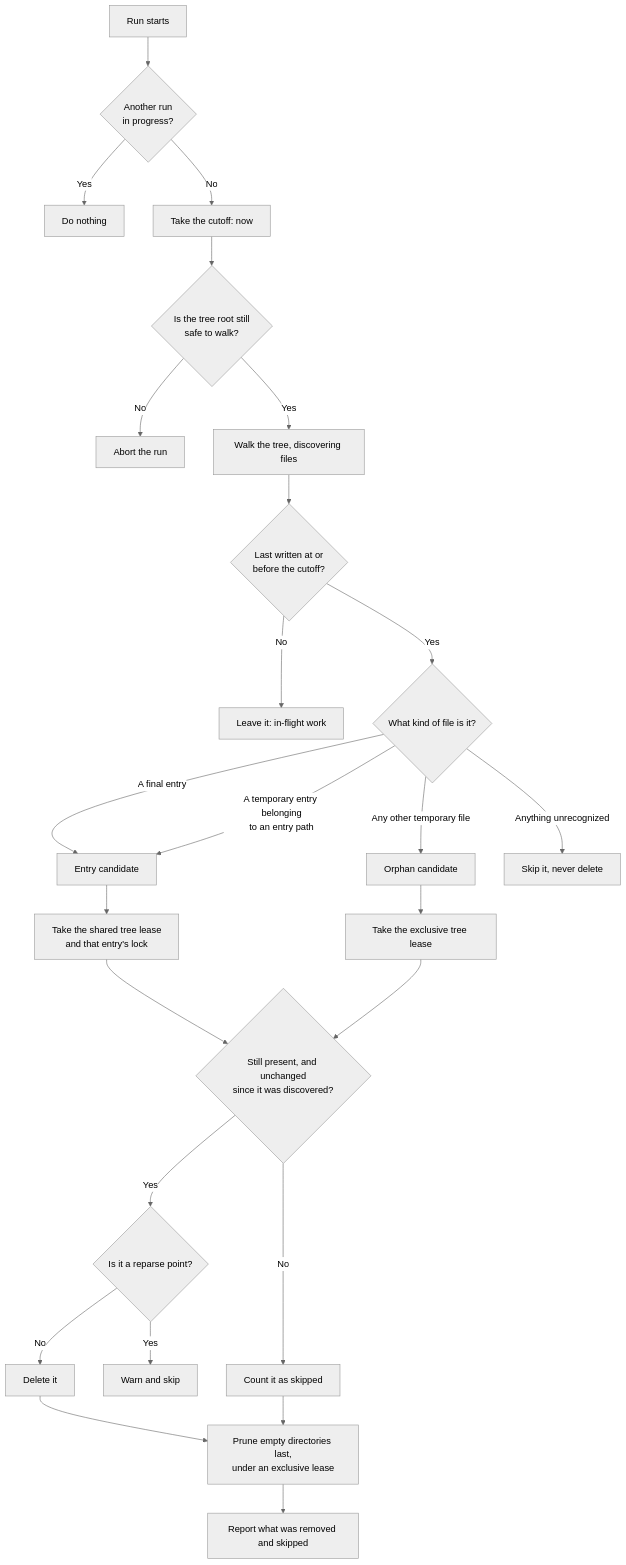
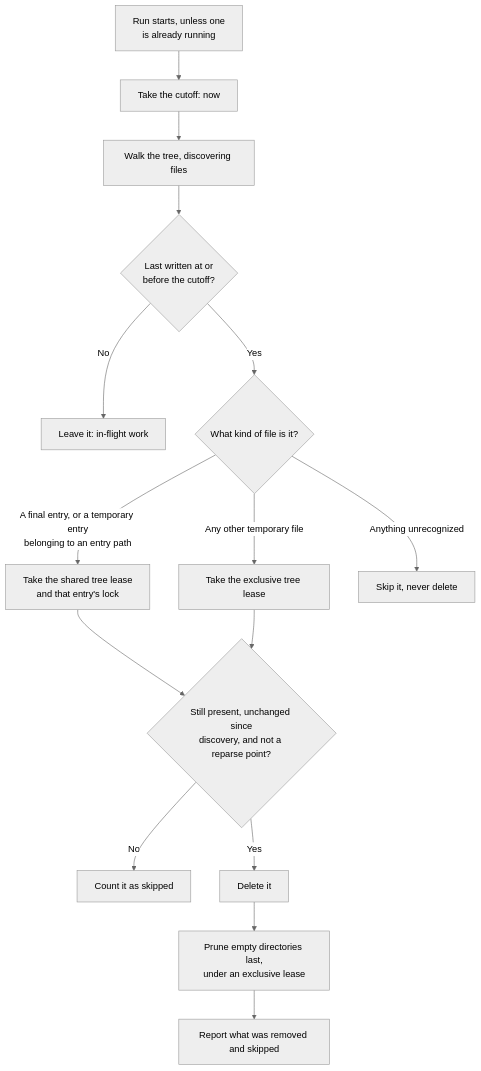
One commit to xiakeng/trickplay-cropper changed the diagram in prototypes/business-documentation-set/draft/scheduled-cleanup.md. Above: the diagram before and after it, drawn with Mermaid (neutral theme). The commit also changed 7 other files, not shown here.

First line of the commit message:
Fix diagram orientation and split deep views

````diff
--- a/prototypes/business-documentation-set/draft/scheduled-cleanup.md
+++ b/prototypes/business-documentation-set/draft/scheduled-cleanup.md
@@ -36,32 +36,21 @@
 ```mermaid
 flowchart TD
-    Start["Run starts"] --> Lock{"Another run<br/>in progress?"}
-    Lock -->|"Yes"| Stop["Do nothing"]
-    Lock -->|"No"| Cut["Take the cutoff: now"]
-    Cut --> Safe{"Is the tree root still<br/>safe to walk?"}
-    Safe -->|"No"| Abort["Abort the run"]
-    Safe -->|"Yes"| Walk["Walk the tree, discovering files"]
+    Start["Run starts, unless one<br/>is already running"] --> Cut["Take the cutoff: now"]
+    Cut --> Walk["Walk the tree, discovering files"]
 
     Walk --> Age{"Last written at or<br/>before the cutoff?"}
     Age -->|"No"| Leave["Leave it: in-flight work"]
     Age -->|"Yes"| Kind{"What kind of file is it?"}
 
-    Kind -->|"A final entry"| Entry["Entry candidate"]
-    Kind -->|"A temporary entry belonging<br/>to an entry path"| Entry
-    Kind -->|"Any other temporary file"| Orphan["Orphan candidate"]
+    Kind -->|"A final entry, or a temporary entry<br/>belonging to an entry path"| ELock["Take the shared tree lease<br/>and that entry's lock"]
+    Kind -->|"Any other temporary file"| XLock["Take the exclusive tree lease"]
     Kind -->|"Anything unrecognized"| Skip["Skip it, never delete"]
 
-    Entry --> ELock["Take the shared tree lease<br/>and that entry's lock"]
-    ELock --> Recheck
-    Orphan --> XLock["Take the exclusive tree lease"]
-    XLock --> Recheck{"Still present, and unchanged<br/>since it was discovered?"}
-
+    ELock --> Recheck{"Still present, unchanged since<br/>discovery, and not a reparse point?"}
+    XLock --> Recheck
     Recheck -->|"No"| Counted["Count it as skipped"]
-    Recheck -->|"Yes"| Reparse{"Is it a reparse point?"}
-    Reparse -->|"Yes"| Warn["Warn and skip"]
-    Reparse -->|"No"| Delete["Delete it"]
+    Recheck -->|"Yes"| Delete["Delete it"]
 
     Delete --> Prune["Prune empty directories last,<br/>under an exclusive lease"]
-    Counted --> Prune
     Prune --> Done["Report what was removed and skipped"]
 ```
````
